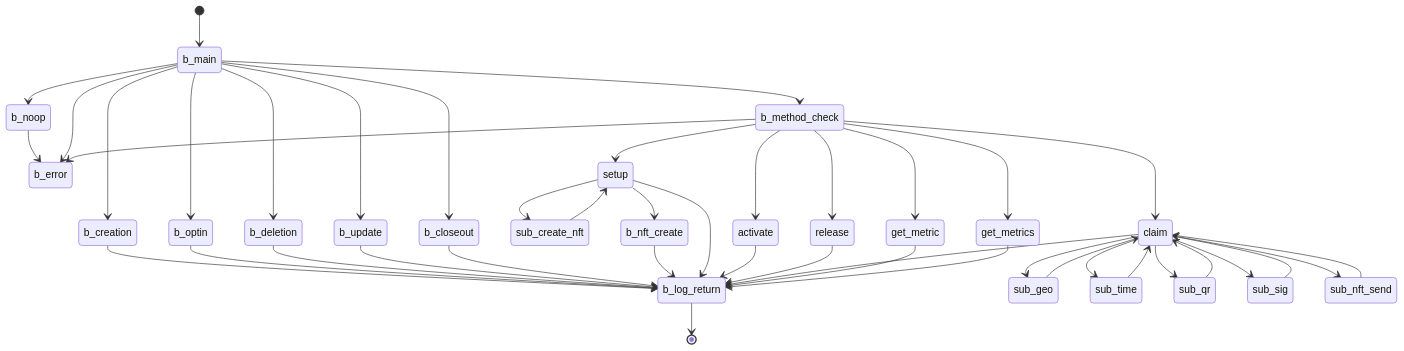
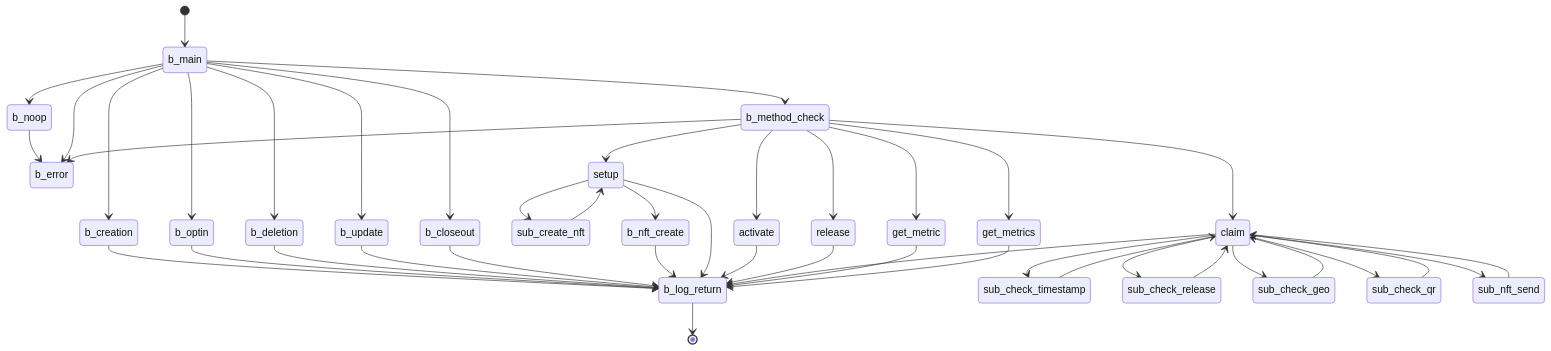
The ninth of 10 diagrams in profile/README.md (GoPlausible/.github), drawn with Mermaid before and after one commit.

````diff
--- a/profile/README.md
+++ b/profile/README.md
@@ -529,60 +529,65 @@
 ```mermaid
   stateDiagram-v2
     [*] --> b_main
     b_main --> b_method_check
     b_main --> b_creation
     b_creation --> b_log_return
     b_main --> b_optin
     b_optin --> b_log_return
     b_main --> b_deletion
     b_deletion --> b_log_return
     b_main --> b_update
     b_update --> b_log_return
     b_main --> b_closeout
     b_closeout --> b_log_return
 
  
     b_main --> b_noop
     
     b_noop --> b_error
     b_main --> b_error
   
 
     b_method_check --> setup
     setup --> sub_create_nft
     setup --> b_nft_create
     sub_create_nft --> setup
     b_nft_create --> b_log_return
     setup --> b_log_return
 
     b_method_check --> activate
     activate --> b_log_return
 
     b_method_check --> release
     release --> b_log_return
 
     b_method_check --> claim
-    claim --> sub_geo
-    sub_geo --> claim
-    claim --> sub_time
-    sub_time --> claim
-    claim --> sub_qr
-    sub_qr --> claim
-    claim --> sub_sig
-    sub_sig --> claim
+
+    claim --> sub_check_timestamp
+    sub_check_timestamp --> claim
+
+    claim --> sub_check_release
+    sub_check_release --> claim
+   
+    claim --> sub_check_geo
+    sub_check_geo --> claim
+ 
+    claim --> sub_check_qr
+    sub_check_qr --> claim
+  
     claim --> sub_nft_send
     sub_nft_send --> claim
     claim --> b_log_return
 
   
     b_method_check --> get_metric
     get_metric --> b_log_return
     
   
     b_method_check --> get_metrics
     get_metrics --> b_log_return
     b_method_check --> b_error
     
     b_log_return --> [*]
     
 ```
````
